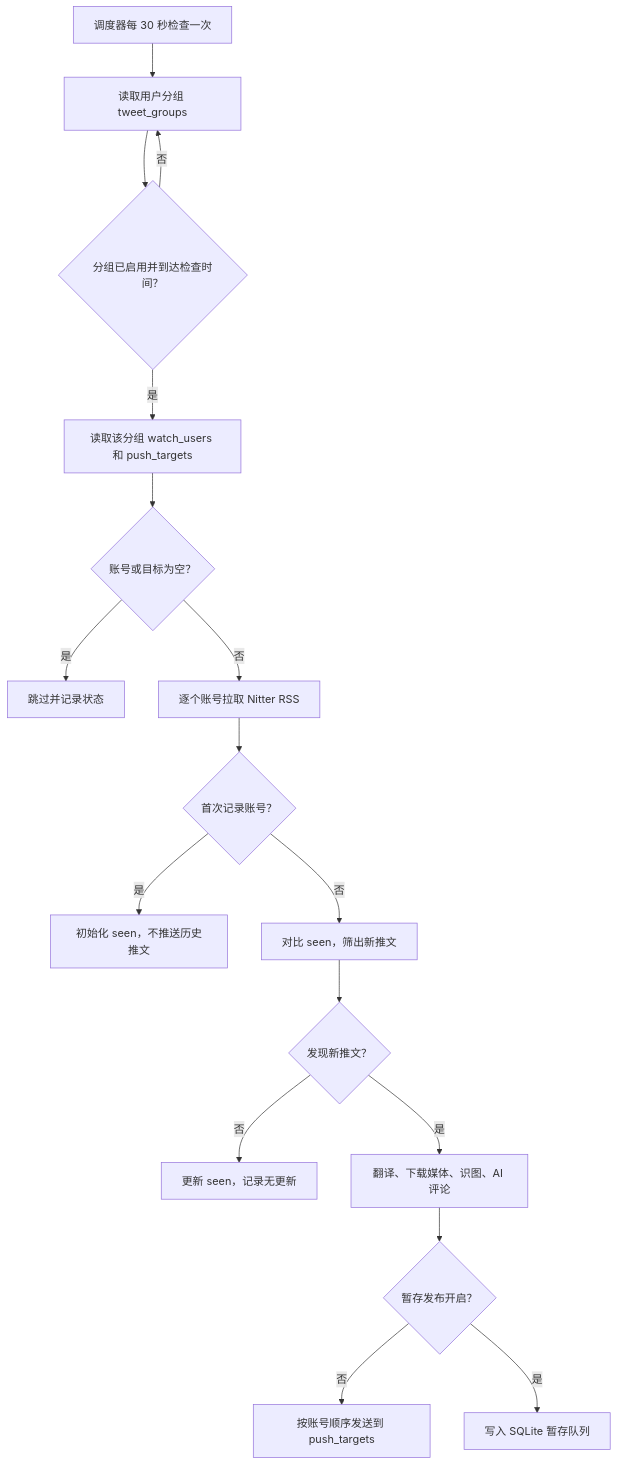
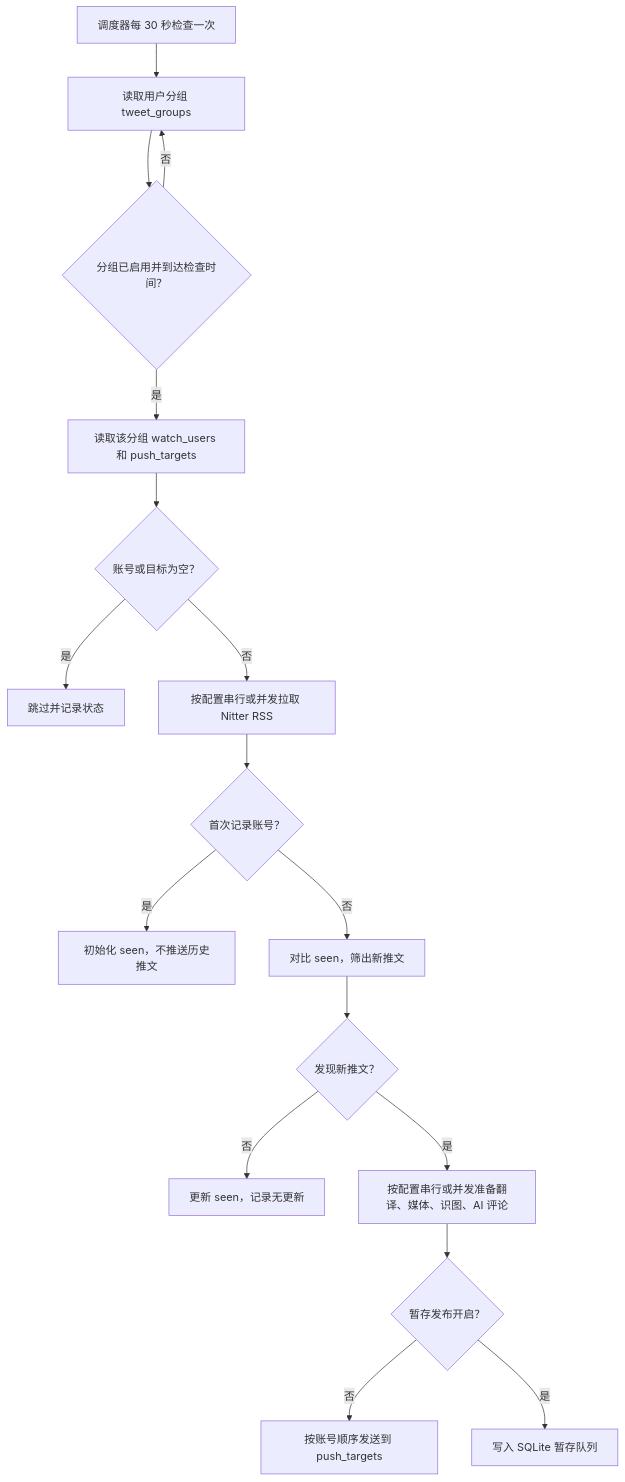
One commit to shitianyaa/astrbot_plugin_nitter_tweets changed the first of 3 diagrams in docs/advanced.md. Above: the diagram before and after it, drawn with Mermaid. The commit also changed other lines of this file and 11 other files, not shown here.

````diff
--- a/docs/advanced.md
+++ b/docs/advanced.md
@@ -24,19 +24,19 @@
 ```mermaid
 flowchart TD
     A["调度器每 30 秒检查一次"] --> B["读取用户分组 tweet_groups"]
     B --> C{"分组已启用并到达检查时间？"}
     C -->|否| B
     C -->|是| D["读取该分组 watch_users 和 push_targets"]
     D --> E{"账号或目标为空？"}
     E -->|是| F["跳过并记录状态"]
-    E -->|否| G["逐个账号拉取 Nitter RSS"]
+    E -->|否| G["按配置串行或并发拉取 Nitter RSS"]
     G --> H{"首次记录账号？"}
     H -->|是| I["初始化 seen，不推送历史推文"]
     H -->|否| J["对比 seen，筛出新推文"]
     J --> K{"发现新推文？"}
     K -->|否| L["更新 seen，记录无更新"]
-    K -->|是| M["翻译、下载媒体、识图、AI 评论"]
+    K -->|是| M["按配置串行或并发准备翻译、媒体、识图、AI 评论"]
     M --> N{"暂存发布开启？"}
     N -->|否| O["按账号顺序发送到 push_targets"]
     N -->|是| P["写入 SQLite 暂存队列"]
 ```
````
